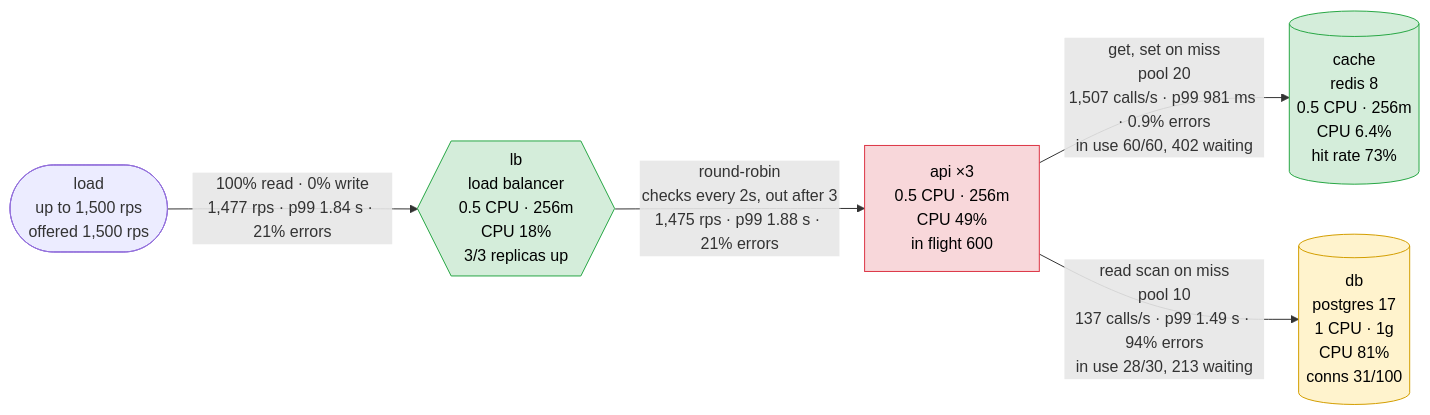
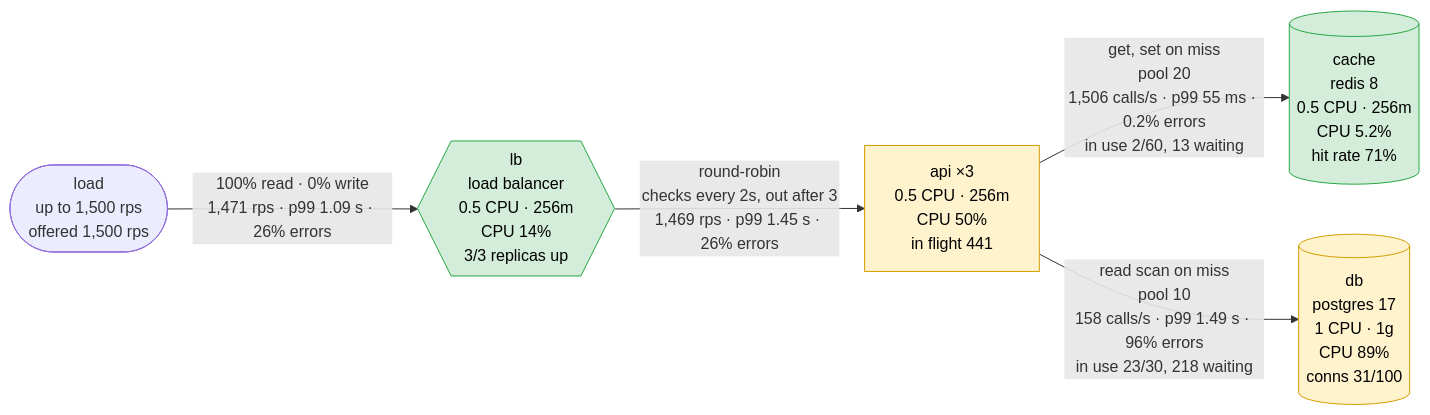
One commit to akinfemi/load-lore changed the first of 5 diagrams in scenarios/cache-restart/solutions/coalesce/report.md. Above: the diagram before and after it, drawn with Mermaid. The commit also changed other lines of this file and 49 other files, not shown here.

````diff
--- a/scenarios/cache-restart/solutions/coalesce/report.md
+++ b/scenarios/cache-restart/solutions/coalesce/report.md
@@ -17,18 +17,17 @@
 ```mermaid
 flowchart LR
     load(["load<br/>up to 1,500 rps<br/>offered 1,500 rps"])
-    lb{{"lb<br/>load balancer<br/>0.5 CPU · 256m<br/>CPU 18%<br/>3/3 replicas up"}}
-    api["api ×3<br/>0.5 CPU · 256m<br/>CPU 49%<br/>in flight 600"]
-    cache[("cache<br/>redis 8<br/>0.5 CPU · 256m<br/>CPU 6.4%<br/>hit rate 73%")]
-    db[("db<br/>postgres 17<br/>1 CPU · 1g<br/>CPU 81%<br/>conns 31/100")]
-    load -->|"100% read · 0% write<br/>1,477 rps · p99 1.84 s · 21% errors"| lb
-    lb -->|"round-robin<br/>checks every 2s, out after 3<br/>1,475 rps · p99 1.88 s · 21% errors"| api
-    api -->|"get, set on miss<br/>pool 20<br/>1,507 calls/s · p99 981 ms · 0.9% errors<br/>in use 60/60, 402 waiting"| cache
-    api -->|"read scan on miss<br/>pool 10<br/>137 calls/s · p99 1.49 s · 94% errors<br/>in use 28/30, 213 waiting"| db
+    lb{{"lb<br/>load balancer<br/>0.5 CPU · 256m<br/>CPU 14%<br/>3/3 replicas up"}}
+    api["api ×3<br/>0.5 CPU · 256m<br/>CPU 50%<br/>in flight 441"]
+    cache[("cache<br/>redis 8<br/>0.5 CPU · 256m<br/>CPU 5.2%<br/>hit rate 71%")]
+    db[("db<br/>postgres 17<br/>1 CPU · 1g<br/>CPU 89%<br/>conns 31/100")]
+    load -->|"100% read · 0% write<br/>1,471 rps · p99 1.09 s · 26% errors"| lb
+    lb -->|"round-robin<br/>checks every 2s, out after 3<br/>1,469 rps · p99 1.45 s · 26% errors"| api
+    api -->|"get, set on miss<br/>pool 20<br/>1,506 calls/s · p99 55 ms · 0.2% errors<br/>in use 2/60, 13 waiting"| cache
+    api -->|"read scan on miss<br/>pool 10<br/>158 calls/s · p99 1.49 s · 96% errors<br/>in use 23/30, 218 waiting"| db
     classDef ok fill:#d4edda,stroke:#28a745,color:#000
     classDef warm fill:#fff3cd,stroke:#d39e00,color:#000
     classDef hot fill:#f8d7da,stroke:#dc3545,color:#000
     class lb,cache ok
-    class api hot
-    class db warm
+    class api,db warm
 ```
````
